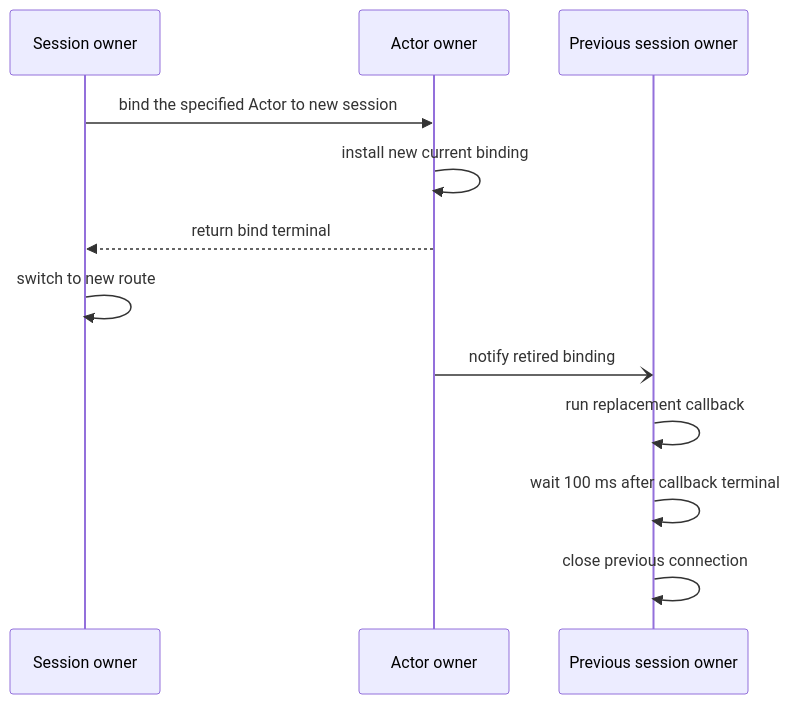
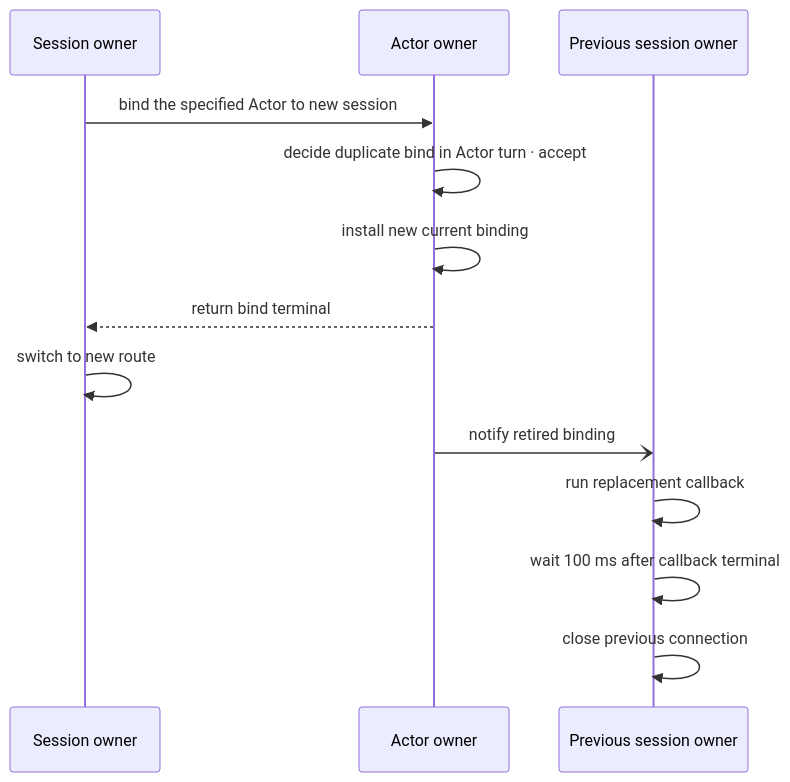
Before and after one commit to zlink-systems/zlink: the second of 3 diagrams in framework/doc/framework/common/spec/server/04-session/02-session-actor-binding.en.md, drawn with Mermaid. The commit also changed other lines of this file and 97 other files, not shown here.

First line of the commit message:
framework: let the owner Actor decide a duplicate bind through onDuplicateBind

````diff
--- a/framework/doc/framework/common/spec/server/04-session/02-session-actor-binding.en.md
+++ b/framework/doc/framework/common/spec/server/04-session/02-session-actor-binding.en.md
@@ -452,15 +482,16 @@
 ```mermaid
 sequenceDiagram
     participant SO as Session owner
     participant AO as Actor owner
     participant PO as Previous session owner
 
     SO->>AO: bind the specified Actor to new session
+    AO->>AO: decide duplicate bind in Actor turn · accept
     AO->>AO: install new current binding
     AO-->>SO: return bind terminal
     SO->>SO: switch to new route
     AO-)PO: notify retired binding
     PO->>PO: run replacement callback
     PO->>PO: wait 100 ms after callback terminal
     PO->>PO: close previous connection
 ```
````
